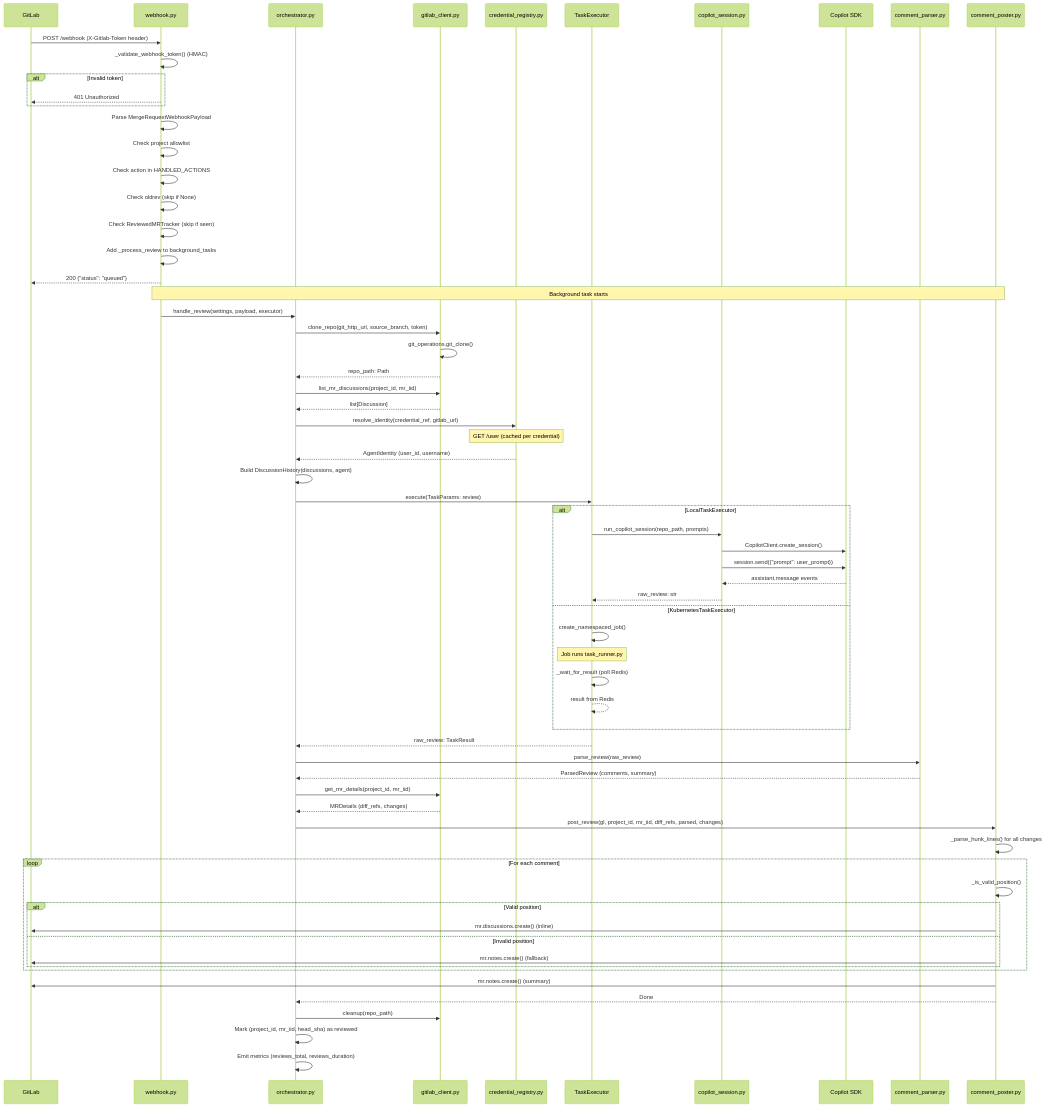
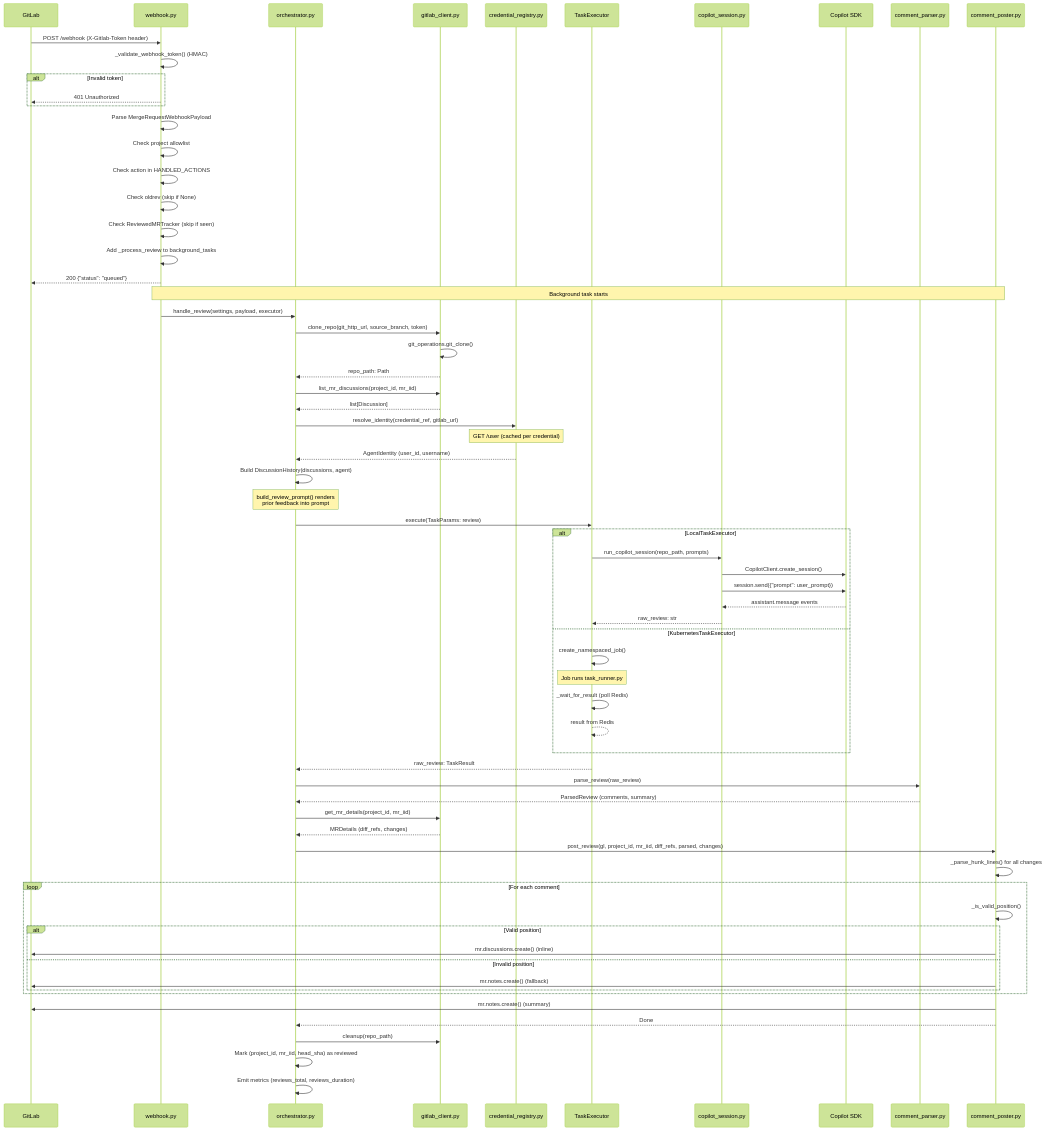
The first of 5 diagrams in docs/wiki/request-flows.md (peteroden/gitlab-copilot-agent), drawn with Mermaid (forest theme) before and after one commit. The commit also changed 7 other files, not shown here.

First line of the commit message:
feat(review): render prior feedback in review prompt to prevent duplicates (#321) (#335)

```diff
--- a/docs/wiki/request-flows.md
+++ b/docs/wiki/request-flows.md
@@ -52,6 +52,8 @@
     
     ORCH->>ORCH: Build DiscussionHistory(discussions, agent)
     
+    Note over ORCH: build_review_prompt() renders<br/>prior feedback into prompt
+    
     ORCH->>EXEC: execute(TaskParams: review)
     alt LocalTaskExecutor
         EXEC->>COP: run_copilot_session(repo_path, prompts)
```
